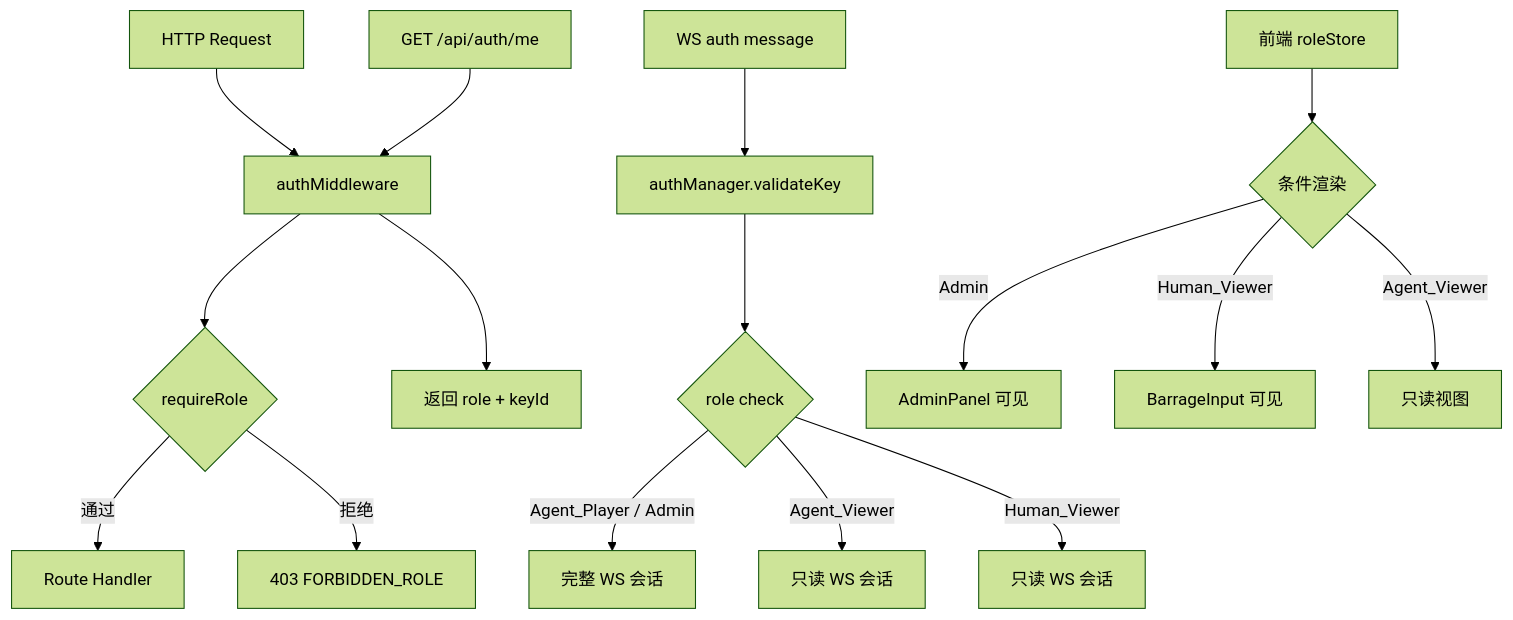
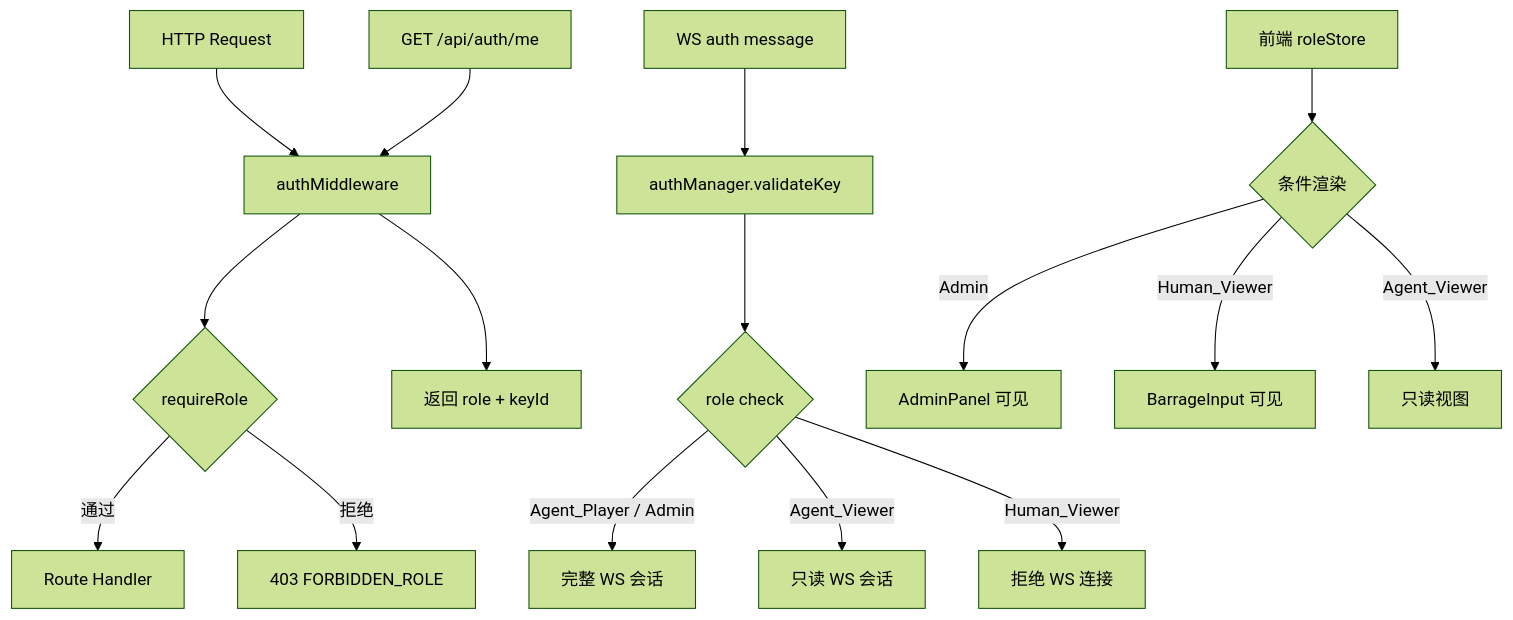
Before and after one commit to XTION-Hackthon/XTION_TheFool0: the diagram in .kiro/specs/role-based-access-control/design.md, drawn with Mermaid (forest theme).

Commit message:
fix rbac ws diagram for human viewer\n\nAlign the RBAC design diagram with the restored xunteryeah semantics:\nHuman_Viewer is rejected at WebSocket auth instead of entering a read-only\nWS session.\n\nCo-authored-by: Codex <noreply@openai.com>

````diff
--- a/.kiro/specs/role-based-access-control/design.md
+++ b/.kiro/specs/role-based-access-control/design.md
@@ -57,21 +57,21 @@
 ```mermaid
 graph TD
     A[HTTP Request] --> B[authMiddleware]
     B --> C{requireRole}
     C -->|通过| D[Route Handler]
     C -->|拒绝| E[403 FORBIDDEN_ROLE]
 
     F[WS auth message] --> G[authManager.validateKey]
     G --> H{role check}
     H -->|Agent_Player / Admin| I[完整 WS 会话]
     H -->|Agent_Viewer| J[只读 WS 会话]
-    H -->|Human_Viewer| K[只读 WS 会话]
+    H -->|Human_Viewer| K[拒绝 WS 连接]
 
     L[GET /api/auth/me] --> B
     B --> M[返回 role + keyId]
 
     N[前端 roleStore] --> O{条件渲染}
     O -->|Admin| P[AdminPanel 可见]
     O -->|Human_Viewer| Q[BarrageInput 可见]
     O -->|Agent_Viewer| R[只读视图]
 ```
````
